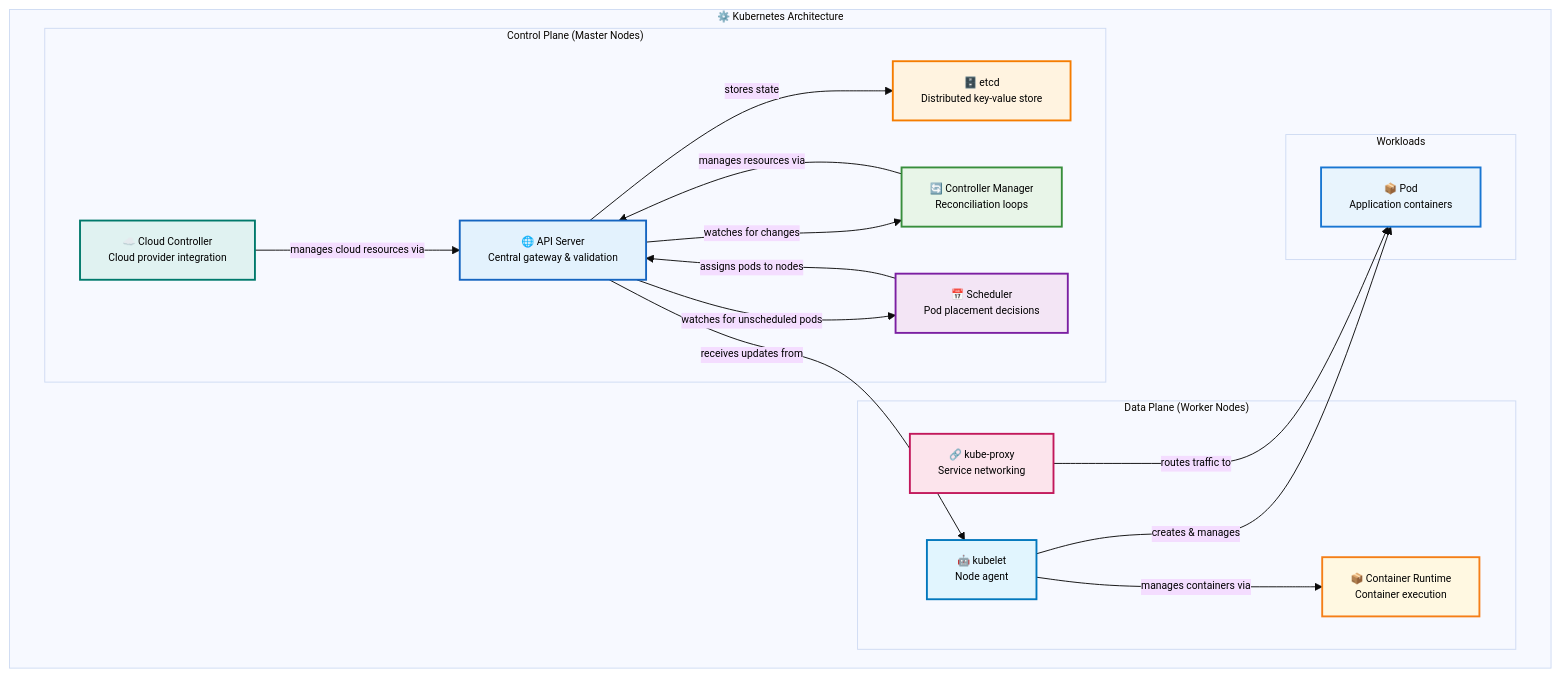
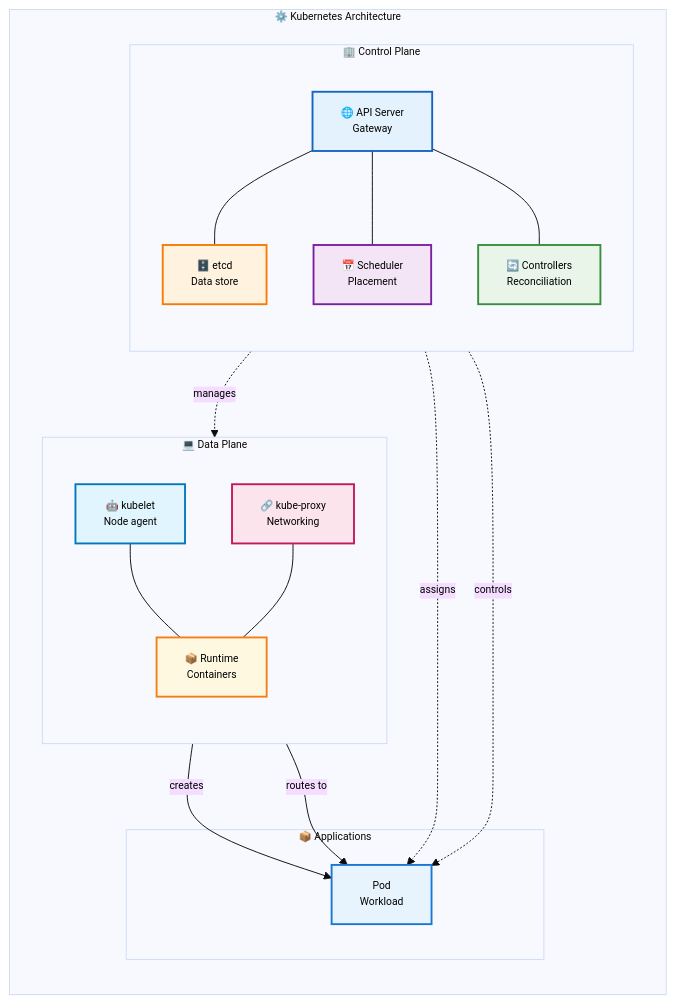
One commit to razkevich/system_design_course changed the diagram in 1.4_distributed_systems/kubernetes_architecture.md. Above: the diagram before and after it, drawn with Mermaid.

Commit message:
exactly once

````diff
--- a/1.4_distributed_systems/kubernetes_architecture.md
+++ b/1.4_distributed_systems/kubernetes_architecture.md
@@ -21,45 +21,48 @@
 ```mermaid
 %%{init: {'theme':'base', 'themeVariables': { 'primaryTextColor': '#000', 'fontSize': '11px'}}}%%
-flowchart TB
+flowchart LR
     subgraph "⚙️ Kubernetes Architecture"
         
-        subgraph CP ["Control Plane (Master Nodes)"]
-            APIServer["🌐 API Server<br/>Central gateway & validation"]
-            etcd["🗄️ etcd<br/>Distributed key-value store"]
-            Scheduler["📅 Scheduler<br/>Pod placement decisions"]
-            ControllerManager["🔄 Controller Manager<br/>Reconciliation loops"]
-            CloudController["☁️ Cloud Controller<br/>Cloud provider integration"]
+        subgraph CP ["🏢 Control Plane"]
+            direction TB
+            APIServer["🌐 API Server<br/>Gateway"]
+            etcd["🗄️ etcd<br/>Data store"]
+            Scheduler["📅 Scheduler<br/>Placement"]
+            Controllers["🔄 Controllers<br/>Reconciliation"]
+            
+            APIServer --- etcd
+            APIServer --- Scheduler
+            APIServer --- Controllers
         end
         
-        subgraph DP ["Data Plane (Worker Nodes)"]
+        subgraph DP ["💻 Data Plane"]
+            direction TB
             Kubelet["🤖 kubelet<br/>Node agent"]
-            KubeProxy["🔗 kube-proxy<br/>Service networking"]
-            ContainerRuntime["📦 Container Runtime<br/>Container execution"]
+            KubeProxy["🔗 kube-proxy<br/>Networking"]  
+            Runtime["📦 Runtime<br/>Containers"]
+            
+            Kubelet --- Runtime
+            KubeProxy --- Runtime
         end
         
-        subgraph WL ["Workloads"]
-            Pod["📦 Pod<br/>Application containers"]
+        subgraph Apps ["📦 Applications"]
+            Pod["Pod<br/>Workload"]
         end
         
-        APIServer -->|"stores state"| etcd
-        APIServer -->|"watches for changes"| ControllerManager
-        APIServer -->|"watches for unscheduled pods"| Scheduler
-        APIServer -->|"receives updates from"| Kubelet
-        Scheduler -->|"assigns pods to nodes"| APIServer
-        ControllerManager -->|"manages resources via"| APIServer
-        CloudController -->|"manages cloud resources via"| APIServer
-        Kubelet -->|"manages containers via"| ContainerRuntime
-        Kubelet -->|"creates & manages"| Pod
-        KubeProxy -->|"routes traffic to"| Pod
+        %% Cross-plane communication
+        APIServer -.->|"manages"| Kubelet
+        Scheduler -.->|"assigns"| Pod
+        Controllers -.->|"controls"| Pod
+        Kubelet -->|"creates"| Pod
+        KubeProxy -->|"routes to"| Pod
     end
     
     style APIServer fill:#e3f2fd,stroke:#1565c0,stroke-width:2px,color:#000
     style etcd fill:#fff3e0,stroke:#f57c00,stroke-width:2px,color:#000
     style Scheduler fill:#f3e5f5,stroke:#7b1fa2,stroke-width:2px,color:#000
-    style ControllerManager fill:#e8f5e8,stroke:#388e3c,stroke-width:2px,color:#000
-    style CloudController fill:#e0f2f1,stroke:#00796b,stroke-width:2px,color:#000
+    style Controllers fill:#e8f5e8,stroke:#388e3c,stroke-width:2px,color:#000
     style Kubelet fill:#e1f5fe,stroke:#0277bd,stroke-width:2px,color:#000
     style KubeProxy fill:#fce4ec,stroke:#c2185b,stroke-width:2px,color:#000
-    style ContainerRuntime fill:#fff8e1,stroke:#f57f17,stroke-width:2px,color:#000
+    style Runtime fill:#fff8e1,stroke:#f57f17,stroke-width:2px,color:#000
     style Pod fill:#e8f4fd,stroke:#1976d2,stroke-width:2px,color:#000
 ```
````
